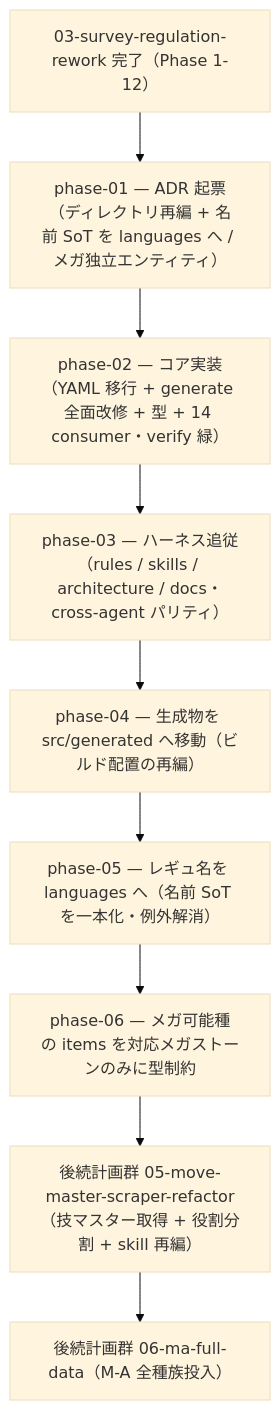
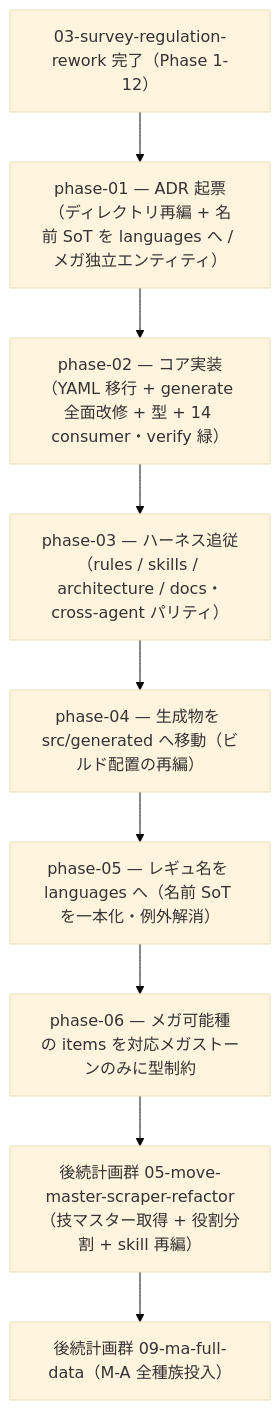
Before and after one commit to subroh0508/pokeform: the diagram in docs/plan/04-generated-layout-redesign/README.md, drawn with Mermaid (base theme). The commit also changed other lines of this file and 42 other files, not shown here.

First line of the commit message:
docs(plan): 計画 07/08 を起票し 06-ma-full-data を 09 へ renumber

````diff
--- a/docs/plan/04-generated-layout-redesign/README.md
+++ b/docs/plan/04-generated-layout-redesign/README.md
@@ -9,11 +9,11 @@
 ```mermaid
 flowchart TD
     P03[03-survey-regulation-rework 完了（Phase 1-12）] --> P1[phase-01 — ADR 起票（ディレクトリ再編 + 名前 SoT を languages へ / メガ独立エンティティ）]
     P1 --> P2[phase-02 — コア実装（YAML 移行 + generate 全面改修 + 型 + 14 consumer・verify 緑）]
     P2 --> P3[phase-03 — ハーネス追従（rules / skills / architecture / docs・cross-agent パリティ）]
     P3 --> P4[phase-04 — 生成物を src/generated へ移動（ビルド配置の再編）]
     P4 --> P5[phase-05 — レギュ名を languages へ（名前 SoT を一本化・例外解消）]
     P5 --> P6[phase-06 — メガ可能種の items を対応メガストーンのみに型制約]
     P6 --> P05[後続計画群 05-move-master-scraper-refactor（技マスター取得 + 役割分割 + skill 再編）]
-    P05 --> P06[後続計画群 06-ma-full-data（M-A 全種族投入）]
+    P05 --> P06[後続計画群 09-ma-full-data（M-A 全種族投入）]
 ```
````
